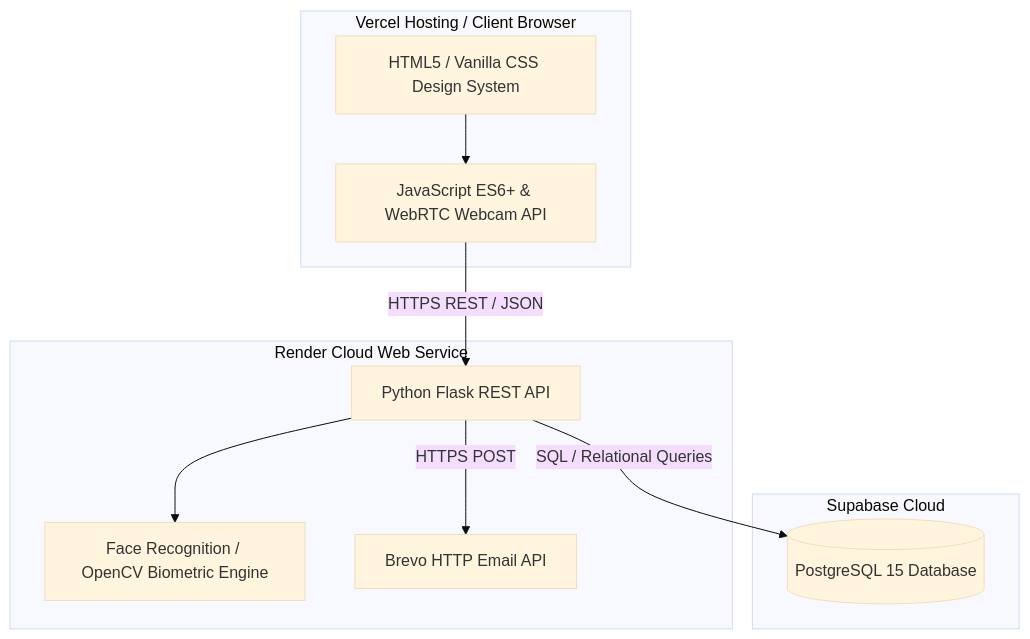
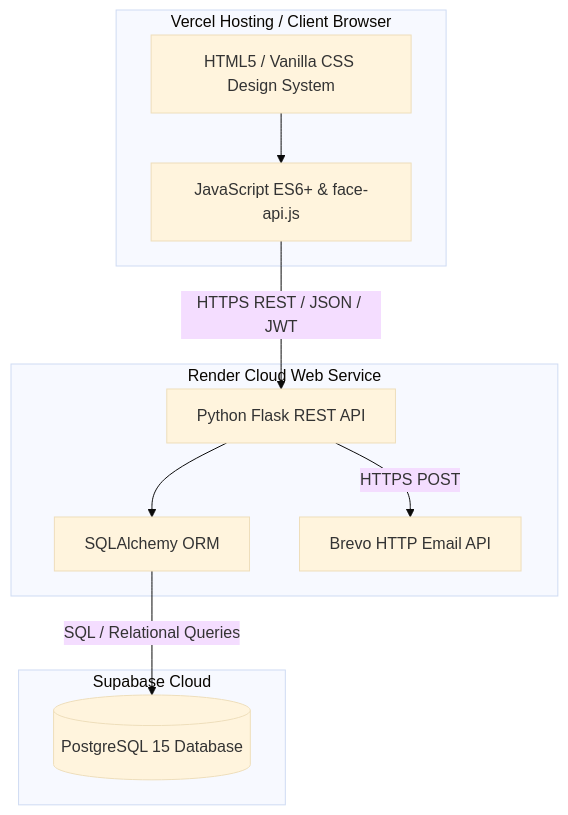
The diagram in README.md (Cherryberry112/AttendX), drawn with Mermaid (base theme) before and after one commit. The commit also changed other lines of this file, not shown here.

````diff
--- a/README.md
+++ b/README.md
@@ -14,23 +39,23 @@
 ```mermaid
 graph TD
     subgraph Frontend [Vercel Hosting / Client Browser]
         UI[HTML5 / Vanilla CSS Design System]
-        JS[JavaScript ES6+ & WebRTC Webcam API]
+        JS[JavaScript ES6+ & face-api.js]
     end
 
     subgraph Backend [Render Cloud Web Service]
         API[Python Flask REST API]
-        AI[Face Recognition / OpenCV Biometric Engine]
+        DB_ORM[SQLAlchemy ORM]
         Email[Brevo HTTP Email API]
     end
 
     subgraph Database [Supabase Cloud]
         PG[(PostgreSQL 15 Database)]
     end
 
     UI --> JS
-    JS -- "HTTPS REST / JSON" --> API
-    API --> AI
-    API -- "SQL / Relational Queries" --> PG
+    JS -- "HTTPS REST / JSON / JWT" --> API
+    API --> DB_ORM
+    DB_ORM -- "SQL / Relational Queries" --> PG
     API -- "HTTPS POST" --> Email
 ```
````
